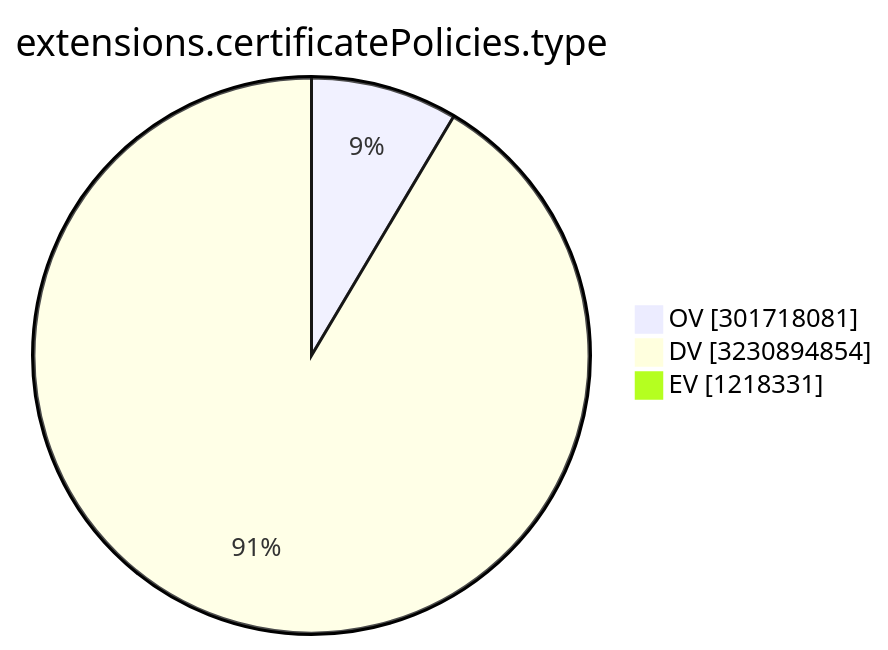
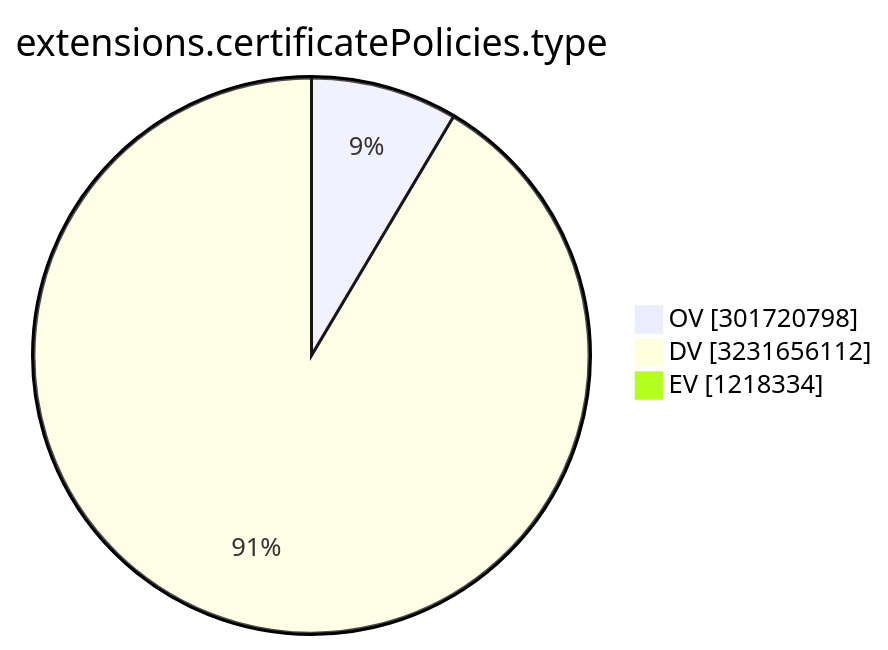
One commit to christiankrug/ctmonitor_visualization changed the ninth of 15 diagrams in TOTAL/README.md. Above: the diagram before and after it, drawn with Mermaid. The commit also changed other lines of this file, not shown here.

````diff
--- a/TOTAL/README.md
+++ b/TOTAL/README.md
@@ -3107,7 +3107,7 @@
 ```mermaid
 pie showData
 title extensions.certificatePolicies.type
-"OV" :301718081
-"DV" :3230894854
-"EV" :1218331
+"OV" :301720798
+"DV" :3231656112
+"EV" :1218334
 ```
````
